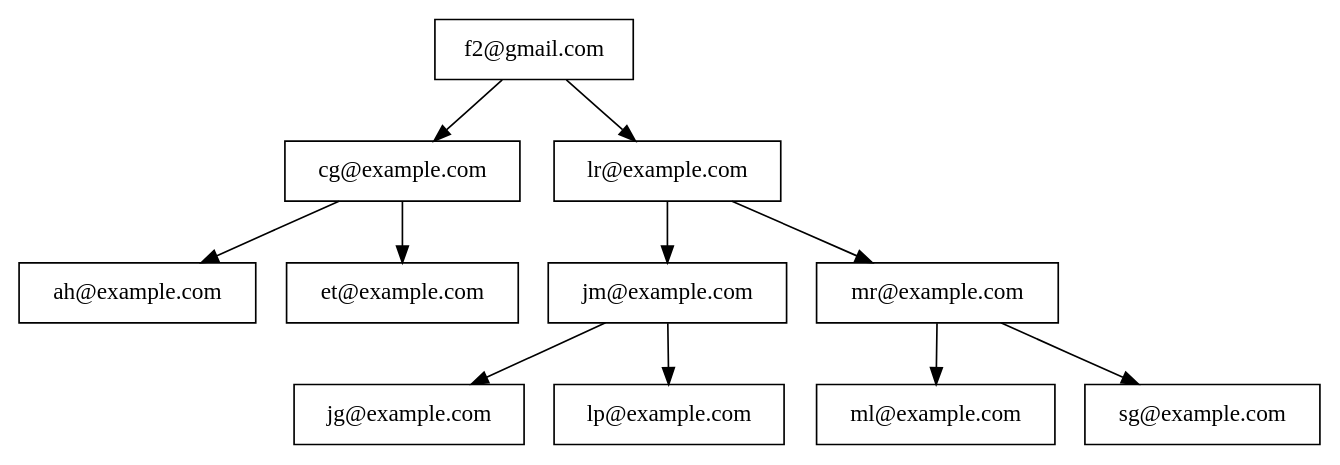
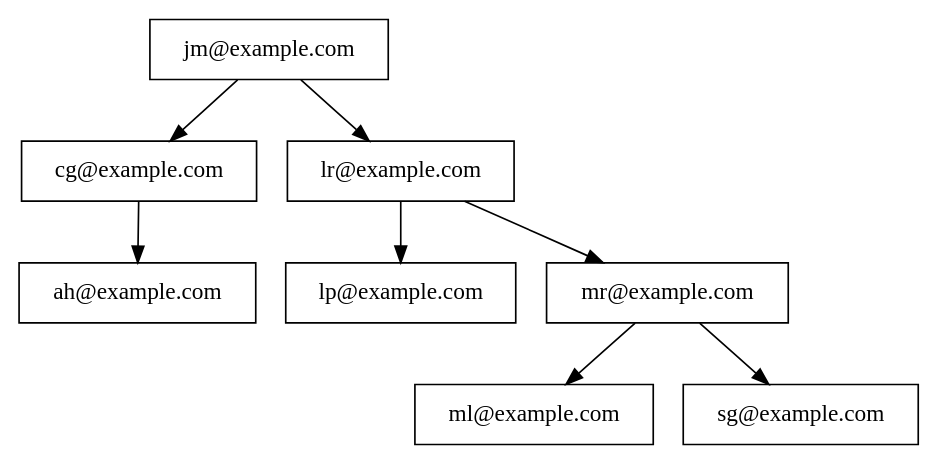
One commit to Kevin-alvarez1/PROYECTO_MULTIFASES_RED_SOCIAL changed the diagram in Fase3/main/build/Desktop_Qt_6_7_2_MinGW_64_bit-Debug/Arbol_Usuarios.dot. Above: the diagram before and after it, drawn with Graphviz. The commit also changed 27 other files, not shown here.

```diff
--- a/Fase3/main/build/Desktop_Qt_6_7_2_MinGW_64_bit-Debug/Arbol_Usuarios.dot
+++ b/Fase3/main/build/Desktop_Qt_6_7_2_MinGW_64_bit-Debug/Arbol_Usuarios.dot
@@ -1,13 +1,10 @@
 digraph AVLTree {
     node [shape=record];
-    "f2@gmail.com" -> "cg@example.com";
-    "f2@gmail.com" -> "lr@example.com";
+    "jm@example.com" -> "cg@example.com";
+    "jm@example.com" -> "lr@example.com";
     "cg@example.com" -> "ah@example.com";
-    "cg@example.com" -> "et@example.com";
-    "lr@example.com" -> "jm@example.com";
+    "lr@example.com" -> "lp@example.com";
     "lr@example.com" -> "mr@example.com";
-    "jm@example.com" -> "jg@example.com";
-    "jm@example.com" -> "lp@example.com";
     "mr@example.com" -> "ml@example.com";
     "mr@example.com" -> "sg@example.com";
 }
```
